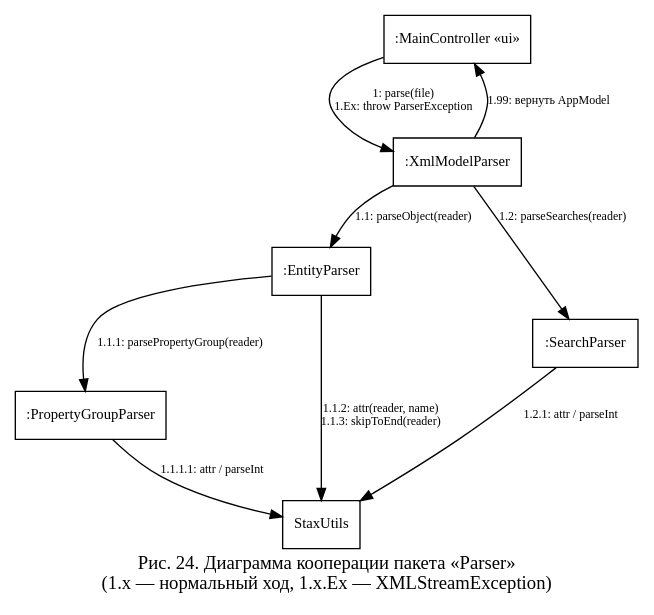
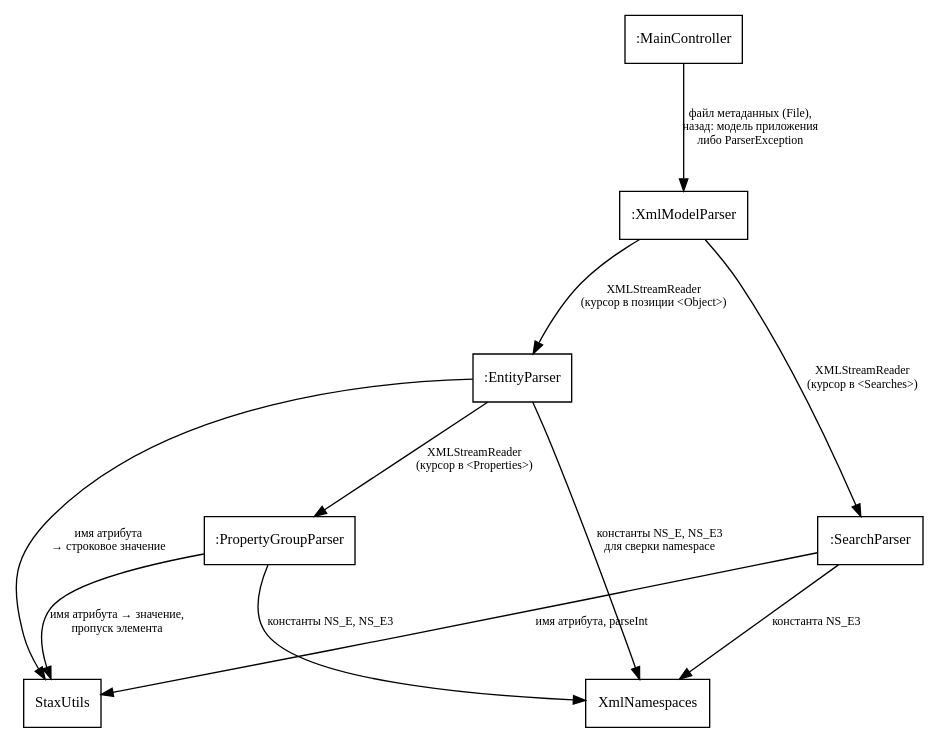
One commit to nastolbov/AutoTestGeneratorUpdate changed the diagram in diagrams/coop_parser.dot. Above: the diagram before and after it, drawn with Graphviz. The commit also changed 25 other files, not shown here.

```diff
--- a/diagrams/coop_parser.dot
+++ b/diagrams/coop_parser.dot
@@ -1,23 +1,25 @@
 digraph CoopParser {
-    rankdir=TB; fontname="Liberation Serif"; fontsize=14;
-    label="Рис. 24. Диаграмма кооперации пакета «Parser»\n(1.x — нормальный ход, 1.x.Ex — XMLStreamException)"; labelloc=b;
-    nodesep=0.8;
+    rankdir=TB; fontname="Liberation Serif";
+    nodesep=0.8; ranksep=0.9;
     node [fontname="Liberation Serif", fontsize=11, shape=box, style=filled, fillcolor=white];
     edge [color=black, fontname="Liberation Serif", fontsize=9, arrowsize=0.9];
 
-    MC   [label=":MainController «ui»"];
+    MC   [label=":MainController"];
     XMP  [label=":XmlModelParser"];
     EP   [label=":EntityParser"];
     PGP  [label=":PropertyGroupParser"];
     SP   [label=":SearchParser"];
     SU   [label="StaxUtils"];
+    XN   [label="XmlNamespaces"];
 
-    MC  -> XMP [label="1: parse(file)\n1.Ex: throw ParserException"];
-    XMP -> EP  [label="1.1: parseObject(reader)"];
-    XMP -> SP  [label="1.2: parseSearches(reader)"];
-    EP  -> PGP [label="1.1.1: parsePropertyGroup(reader)"];
-    EP  -> SU  [label="1.1.2: attr(reader, name)\n1.1.3: skipToEnd(reader)"];
-    PGP -> SU  [label="1.1.1.1: attr / parseInt"];
-    SP  -> SU  [label="1.2.1: attr / parseInt"];
-    XMP -> MC  [label="1.99: вернуть AppModel"];
+    MC  -> XMP [label="файл метаданных (File),\nназад: модель приложения\nлибо ParserException"];
+    XMP -> EP  [label="XMLStreamReader\n(курсор в позиции <Object>)"];
+    EP  -> PGP [label="XMLStreamReader\n(курсор в <Properties>)"];
+    EP  -> SU  [label="имя атрибута\n→ строковое значение"];
+    PGP -> SU  [label="имя атрибута → значение,\nпропуск элемента"];
+    XMP -> SP  [label="XMLStreamReader\n(курсор в <Searches>)"];
+    SP  -> SU  [label="имя атрибута, parseInt"];
+    EP  -> XN  [label="константы NS_E, NS_E3\nдля сверки namespace"];
+    PGP -> XN  [label="константы NS_E, NS_E3"];
+    SP  -> XN  [label="константа NS_E3"];
 }
```
